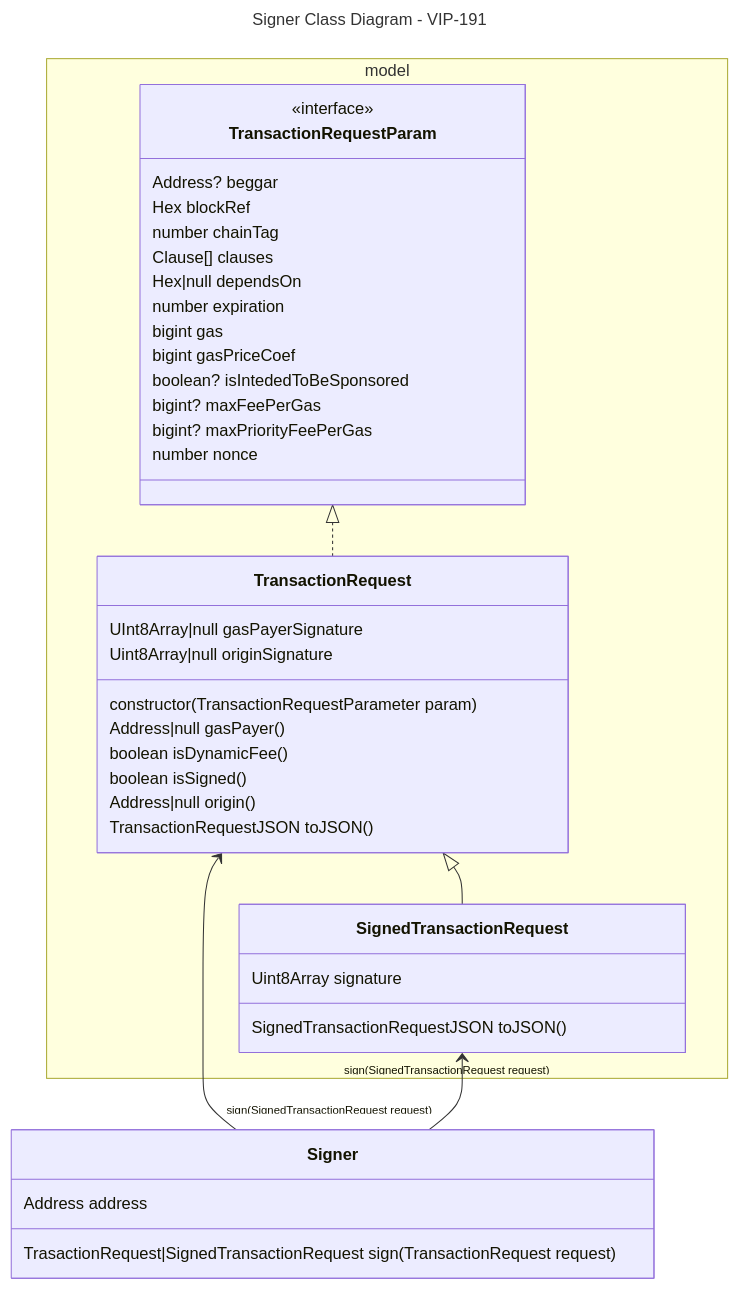
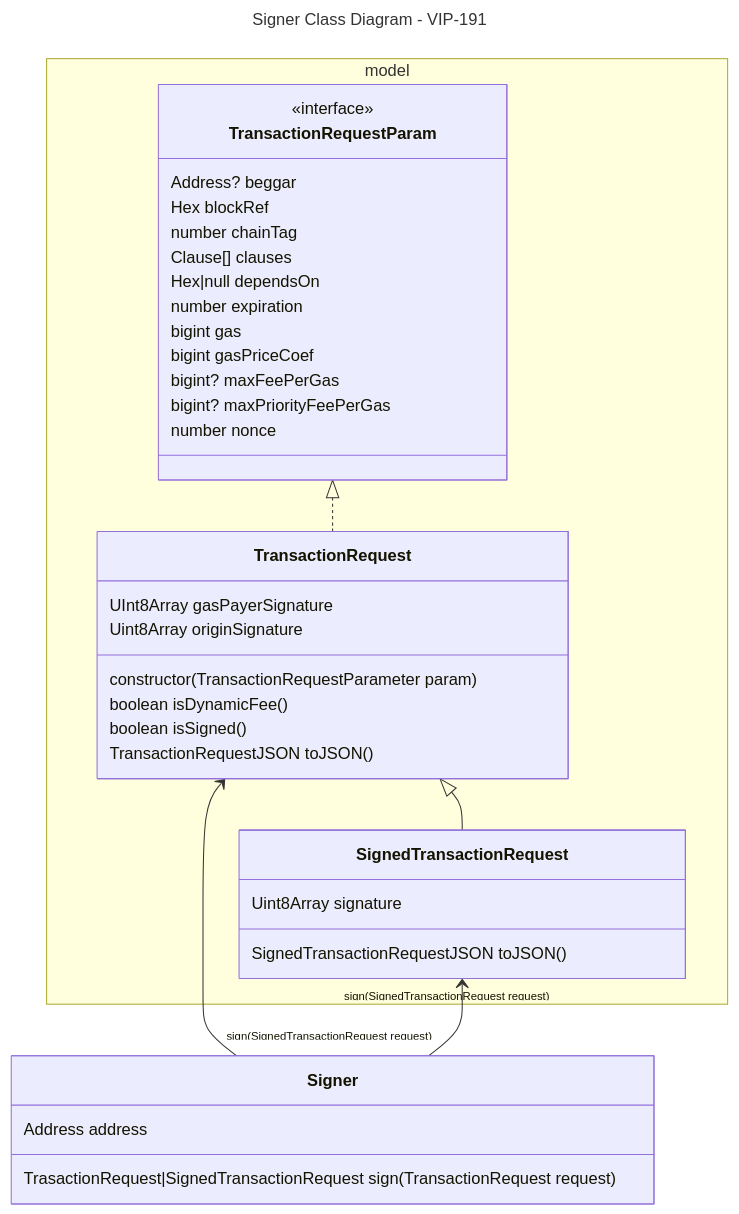
One commit to vechain/vechain-sdk-js changed the diagram in docs/thorest/thor/signer/signer_class.mmd. Above: the diagram before and after it, drawn with Mermaid. The commit also changed 19 other files, not shown here.

Commit message:
feat: 2476 TransactionRequest.ts tests...

```diff
--- a/docs/thorest/thor/signer/signer_class.mmd
+++ b/docs/thorest/thor/signer/signer_class.mmd
@@ -1,43 +1,40 @@
 ---
 title: Signer Class Diagram - VIP-191
 ---
 classDiagram
     namespace model {
         class SignedTransactionRequest {
             Uint8Array signature
             SignedTransactionRequestJSON toJSON()
         }
         class TransactionRequest {
-            UInt8Array|null gasPayerSignature
-            Uint8Array|null originSignature
+            UInt8Array gasPayerSignature
+            Uint8Array originSignature
             constructor(TransactionRequestParameter param)
-            Address|null gasPayer()
             boolean isDynamicFee()
             boolean isSigned()
-            Address|null origin()
             TransactionRequestJSON toJSON()
         }
         class TransactionRequestParam {
             <<interface>>
             Address? beggar
             Hex blockRef
             number chainTag
             Clause[] clauses
             Hex|null dependsOn
             number expiration
             bigint gas
             bigint gasPriceCoef
-            boolean? isIntededToBeSponsored
             bigint? maxFeePerGas
             bigint? maxPriorityFeePerGas
             number nonce
         }
     }
     class Signer {
         Address address
         TrasactionRequest|SignedTransactionRequest sign(TransactionRequest request)
     }
     TransactionRequestParam <|.. TransactionRequest
     TransactionRequest <|-- SignedTransactionRequest
     TransactionRequest <-- "sign(SignedTransactionRequest request)" Signer
-    SignedTransactionRequest "sign(SignedTransactionRequest request)" <--  Signer
+    SignedTransactionRequest "sign(SignedTransactionRequest request)" <-- Signer
```
